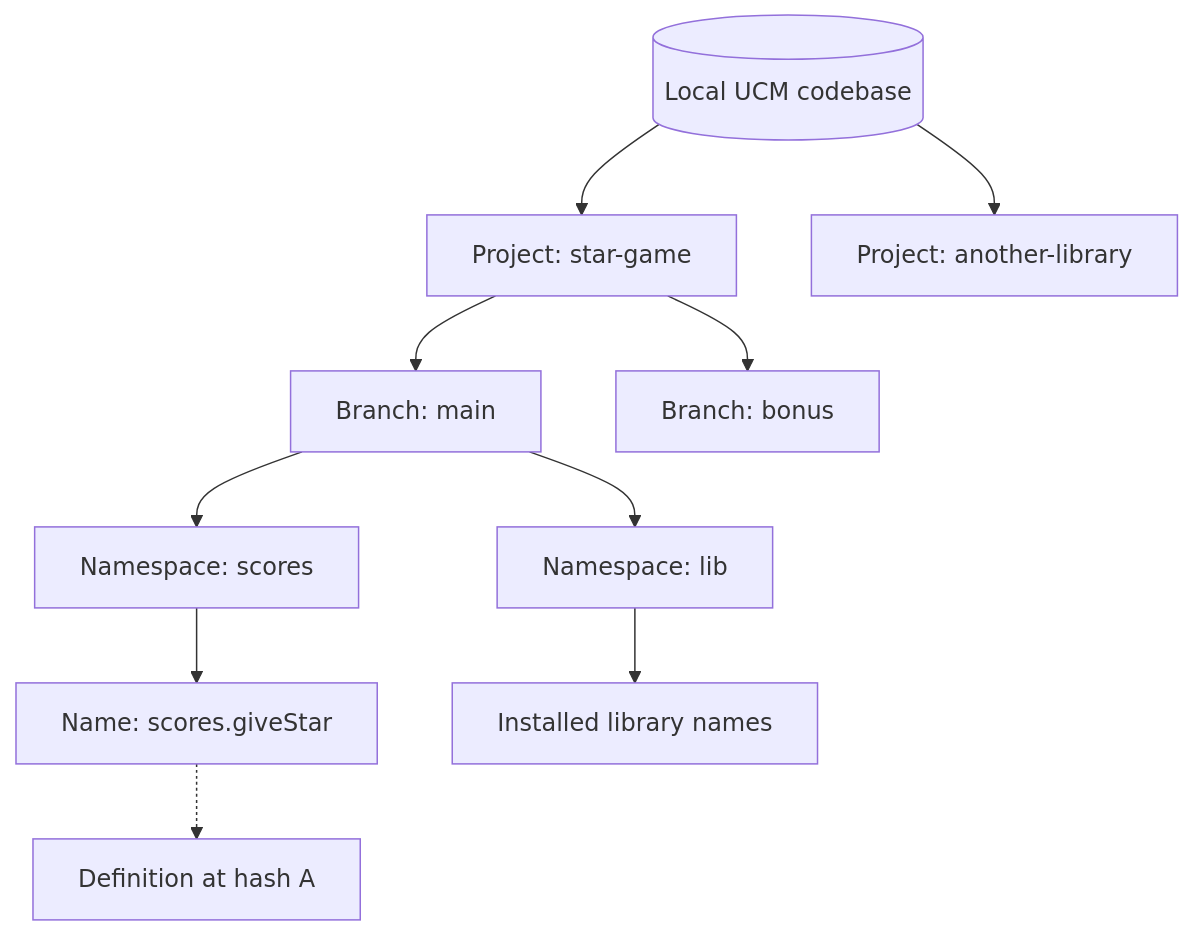
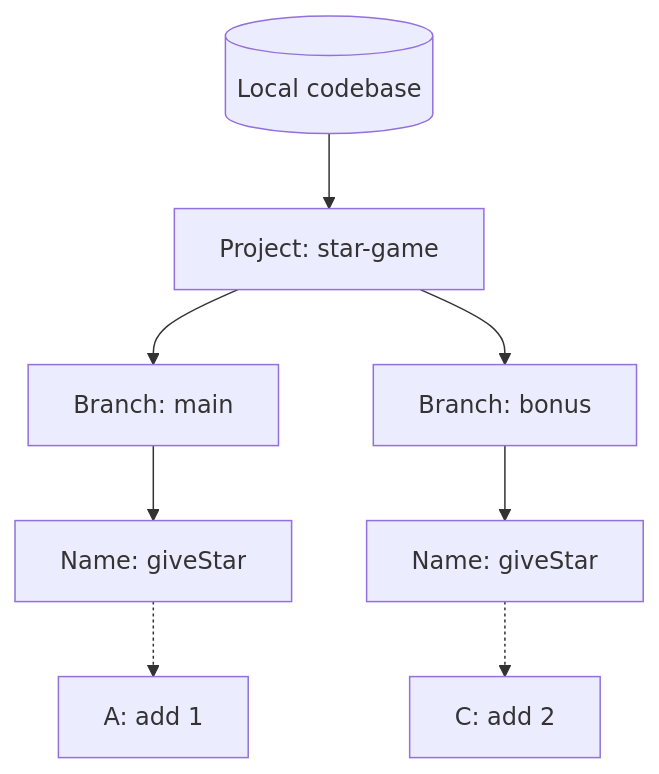
One commit to conikeec/learn_you_unison changed the first of 4 diagrams in docs/02-your-codebase-is-not-a-folder.md. Above: the diagram before and after it, drawn with Mermaid. The commit also changed other lines of this file and 11 other files, not shown here.

````diff
--- a/docs/02-your-codebase-is-not-a-folder.md
+++ b/docs/02-your-codebase-is-not-a-folder.md
@@ -22,12 +29,10 @@
 ```mermaid
 flowchart TD
-  CB[("Local UCM codebase")] --> P["Project: star-game"]
-  CB --> Q["Project: another-library"]
+  DB[("Local codebase")] --> P["Project: star-game"]
   P --> M["Branch: main"]
-  P --> F["Branch: bonus"]
-  M --> S["Namespace: scores"]
-  M --> L["Namespace: lib"]
-  S --> N["Name: scores.giveStar"]
-  N -.-> H["Definition at hash A"]
-  L --> BASE["Installed library names"]
+  P --> B["Branch: bonus"]
+  M --> MN["Name: giveStar"]
+  B --> BN["Name: giveStar"]
+  MN -.-> A["A: add 1"]
+  BN -.-> C["C: add 2"]
 ```
````
